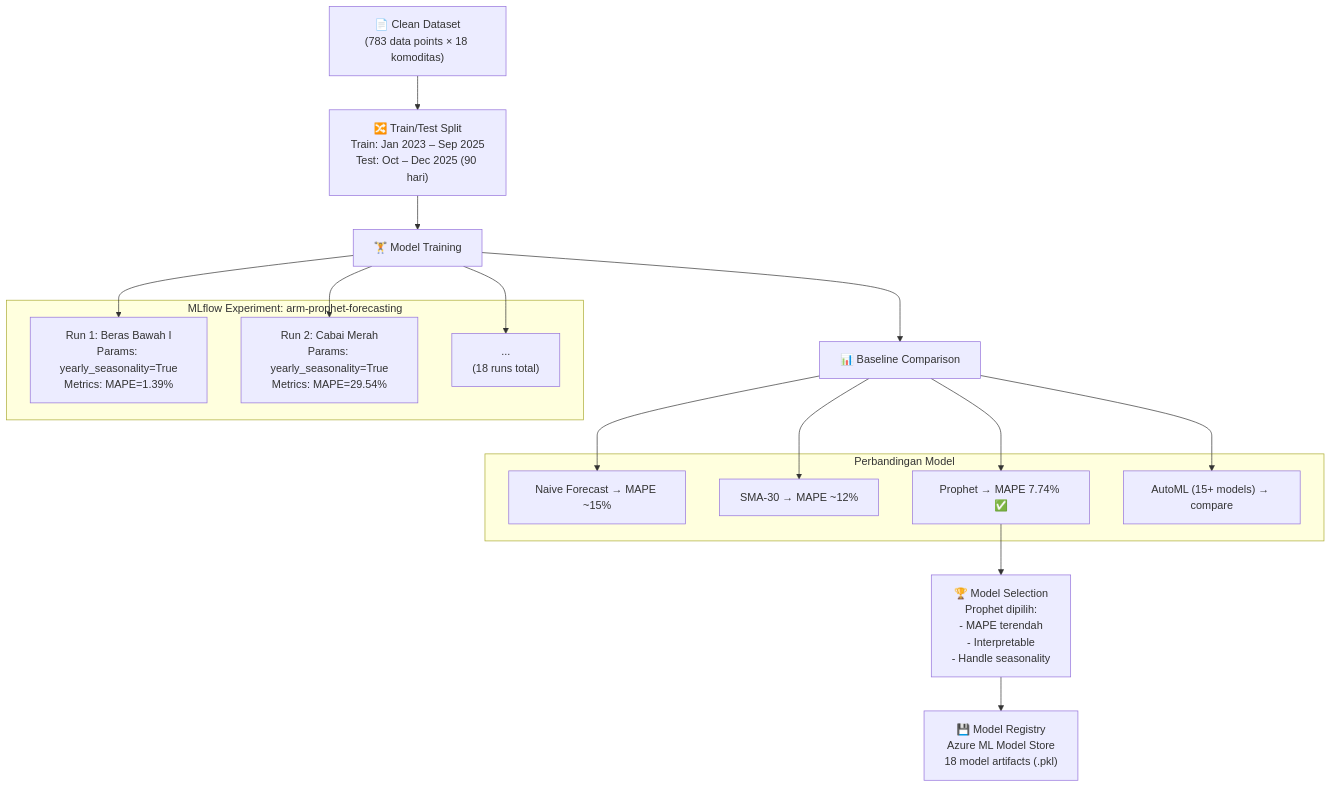
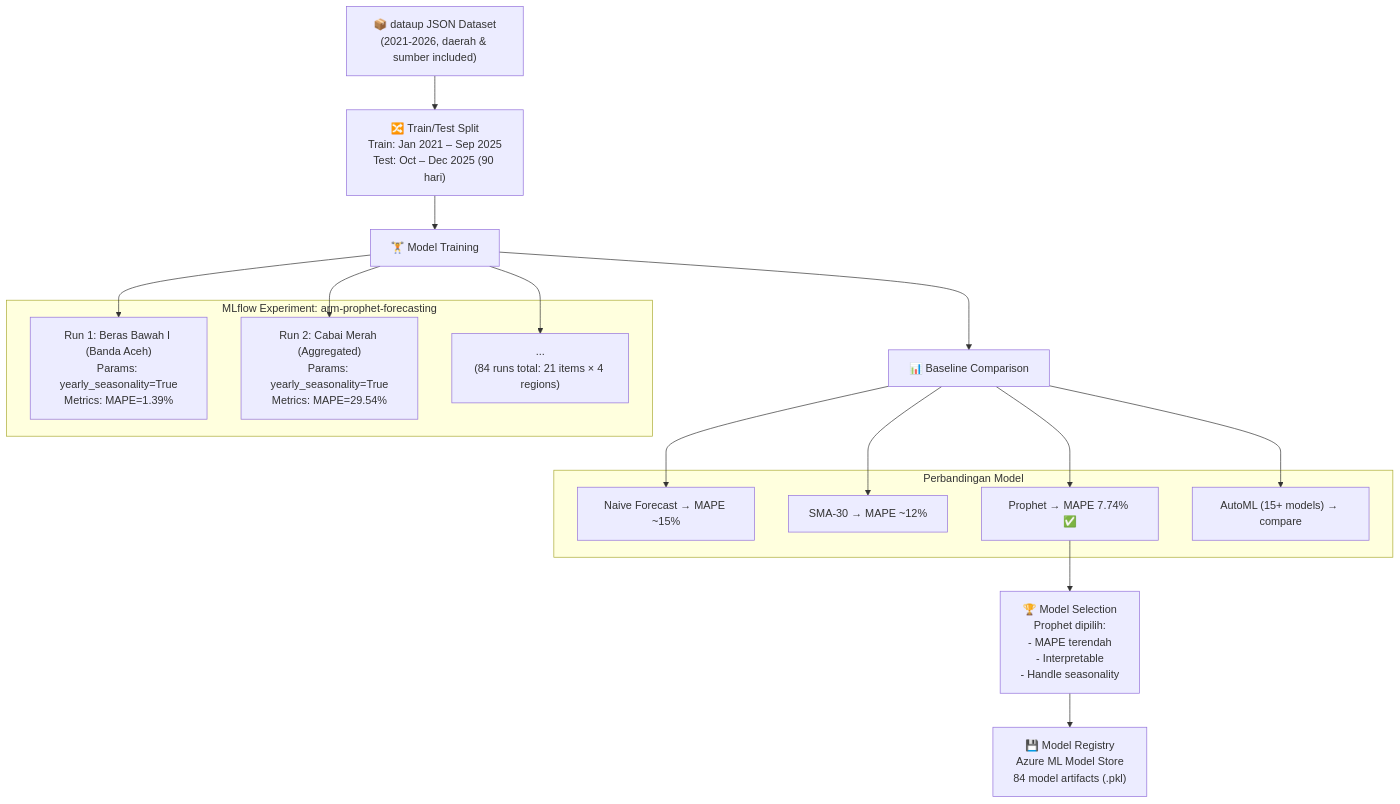
Before and after one commit to aceh-resilience-monitor/Aceh-Resilience-Monitor: the third of 8 diagrams in docs/strategy/05_arm_workflow_dataflow.md, drawn with Mermaid. The commit also changed other lines of this file and 11 other files, not shown here.

Commit message:
docs: add system design, architecture blueprints, EDA interpretation, and implementation guides

````diff
--- a/docs/strategy/05_arm_workflow_dataflow.md
+++ b/docs/strategy/05_arm_workflow_dataflow.md
@@ -102,38 +111,38 @@
 ```mermaid
 flowchart TD
-    A["📄 Clean Dataset\n(783 data points × 18 komoditas)"] 
+    A["📦 dataup JSON Dataset\n(2021-2026, daerah & sumber included)"] 
     
-    B["🔀 Train/Test Split\nTrain: Jan 2023 – Sep 2025\nTest: Oct – Dec 2025 (90 hari)"]
+    B["🔀 Train/Test Split\nTrain: Jan 2021 – Sep 2025\nTest: Oct – Dec 2025 (90 hari)"]
     
     C["🏋️ Model Training"]
     
     subgraph "MLflow Experiment: arm-prophet-forecasting"
-        D1["Run 1: Beras Bawah I\nParams: yearly_seasonality=True\nMetrics: MAPE=1.39%"]
-        D2["Run 2: Cabai Merah\nParams: yearly_seasonality=True\nMetrics: MAPE=29.54%"]
-        D3["...\n(18 runs total)"]
+        D1["Run 1: Beras Bawah I (Banda Aceh)\nParams: yearly_seasonality=True\nMetrics: MAPE=1.39%"]
+        D2["Run 2: Cabai Merah (Aggregated)\nParams: yearly_seasonality=True\nMetrics: MAPE=29.54%"]
+        D3["...\n(84 runs total: 21 items × 4 regions)"]
     end
 
     E["📊 Baseline Comparison"]
     
     subgraph "Perbandingan Model"
         F1["Naive Forecast → MAPE ~15%"]
         F2["SMA-30 → MAPE ~12%"]
         F3["Prophet → MAPE 7.74% ✅"]
         F4["AutoML (15+ models) → compare"]
     end
 
     G["🏆 Model Selection\nProphet dipilih:\n- MAPE terendah\n- Interpretable\n- Handle seasonality"]
 
-    H["💾 Model Registry\nAzure ML Model Store\n18 model artifacts (.pkl)"]
+    H["💾 Model Registry\nAzure ML Model Store\n84 model artifacts (.pkl)"]
 
     A --> B --> C
     C --> D1
     C --> D2
     C --> D3
     C --> E
     E --> F1
     E --> F2
     E --> F3
     E --> F4
     F3 --> G --> H
 ```
````
